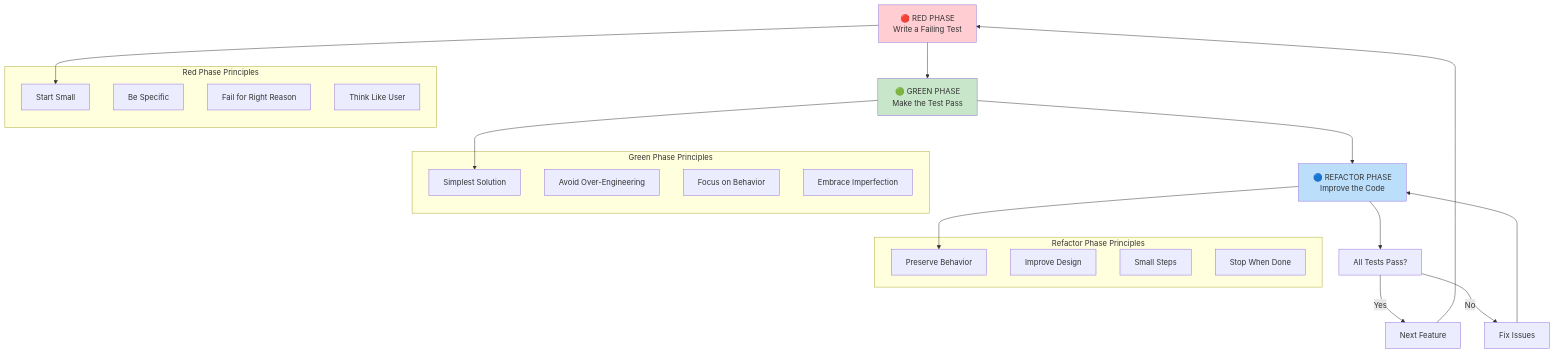
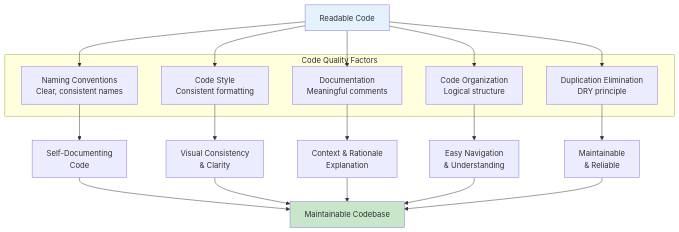
Before and after one commit to hunkim/VibeSoftwareEngineering: the second of 3 diagrams in chapters/chapter-09.md, drawn with Mermaid. The commit also changed other lines of this file and 17 other files, not shown here.

````diff
--- a/chapters/chapter-09.md
+++ b/chapters/chapter-09.md
@@ -82,39 +87,31 @@
 ```mermaid
 graph TD
-    A["🔴 RED PHASE<br/>Write a Failing Test"] --> B["🟢 GREEN PHASE<br/>Make the Test Pass"]
-    B --> C["🔵 REFACTOR PHASE<br/>Improve the Code"]
-    C --> D["All Tests Pass?"]
-    D -->|Yes| E["Next Feature"]
-    D -->|No| F["Fix Issues"]
-    F --> C
-    E --> A
-    
-    subgraph "Red Phase Principles"
-        G["Start Small"]
-        H["Be Specific"]
-        I["Fail for Right Reason"]
-        J["Think Like User"]
+    subgraph "Code Quality Factors"
+        A["Naming Conventions<br/>Clear, consistent names"]
+        B["Code Style<br/>Consistent formatting"]
+        C["Documentation<br/>Meaningful comments"]
+        D["Code Organization<br/>Logical structure"]
+        E["Duplication Elimination<br/>DRY principle"]
     end
     
-    subgraph "Green Phase Principles"
-        K["Simplest Solution"]
-        L["Avoid Over-Engineering"]
-        M["Focus on Behavior"]
-        N["Embrace Imperfection"]
-    end
+    F["Readable Code"] --> A
+    F --> B
+    F --> C
+    F --> D
+    F --> E
     
-    subgraph "Refactor Phase Principles"
-        O["Preserve Behavior"]
-        P["Improve Design"]
-        Q["Small Steps"]
-        R["Stop When Done"]
-    end
+    A --> G["Self-Documenting<br/>Code"]
+    B --> H["Visual Consistency<br/>& Clarity"]
+    C --> I["Context & Rationale<br/>Explanation"]
+    D --> J["Easy Navigation<br/>& Understanding"]
+    E --> K["Maintainable<br/>& Reliable"]
     
-    A --> G
-    B --> K
-    C --> O
+    G --> L["Maintainable Codebase"]
+    H --> L
+    I --> L
+    J --> L
+    K --> L
     
-    style A fill:#ffcdd2
-    style B fill:#c8e6c9
-    style C fill:#bbdefb
+    style F fill:#e3f2fd
+    style L fill:#c8e6c9
 ```
````
